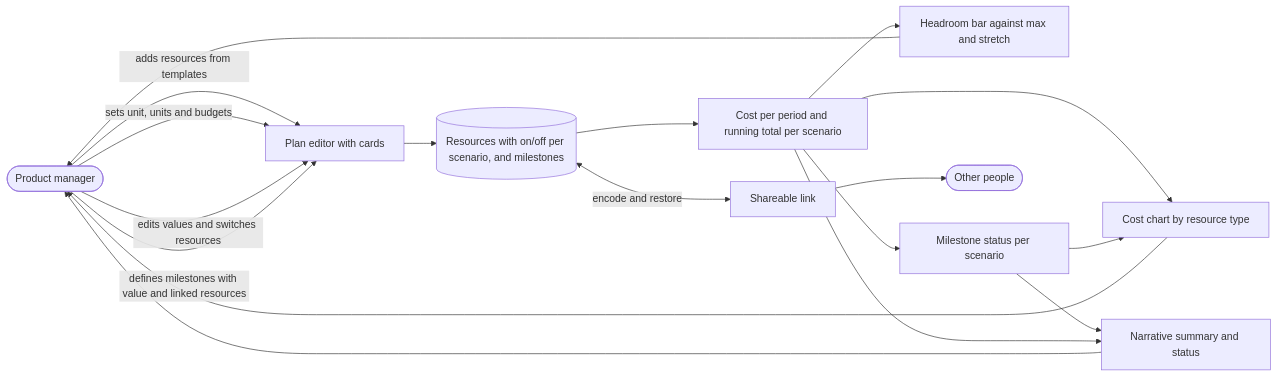
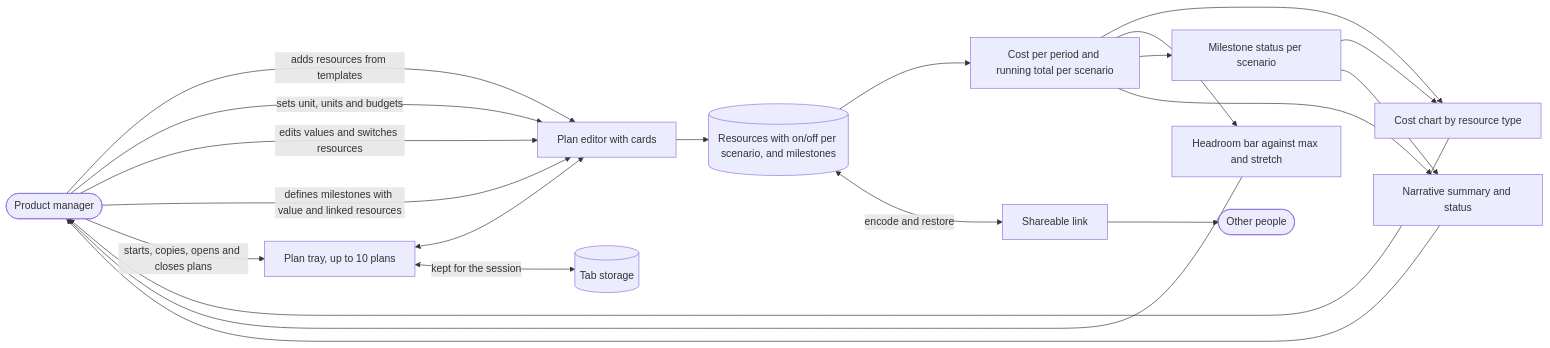
One commit to MinimumViableTools/Budgeteer changed the diagram in SPEC.md. Above: the diagram before and after it, drawn with Mermaid. The commit also changed other lines of this file and 13 other files, not shown here.

First line of the commit message:
Step 21: Tray of open plans: names, new plan with one click, copy, close with undo, fold, tab storage

````diff
--- a/SPEC.md
+++ b/SPEC.md
@@ -46,20 +49,23 @@
 ```mermaid
 flowchart LR
     PM([Product manager]) -->|adds resources from templates| Editor[Plan editor with cards]
     PM -->|sets unit, units and budgets| Editor
     PM -->|edits values and switches resources| Editor
     PM -->|defines milestones with value and linked resources| Editor
+    PM -->|starts, copies, opens and closes plans| Tray[Plan tray, up to 10 plans]
+    Tray <--> Editor
+    Tray <-->|kept for the session| Tab[(Tab storage)]
     Editor --> List[(Resources with on/off per scenario, and milestones)]
     List --> Calc[Cost per period and running total per scenario]
     Calc --> Chart[Cost chart by resource type]
     Calc --> Bar[Headroom bar against max and stretch]
     Calc --> Miles[Milestone status per scenario]
     Miles --> Chart
     Miles --> Summary[Narrative summary and status]
     Calc --> Summary
     Chart --> PM
     Bar --> PM
     Summary --> PM
     List <-->|encode and restore| Link[Shareable link]
     Link --> Others([Other people])
 ```
````
